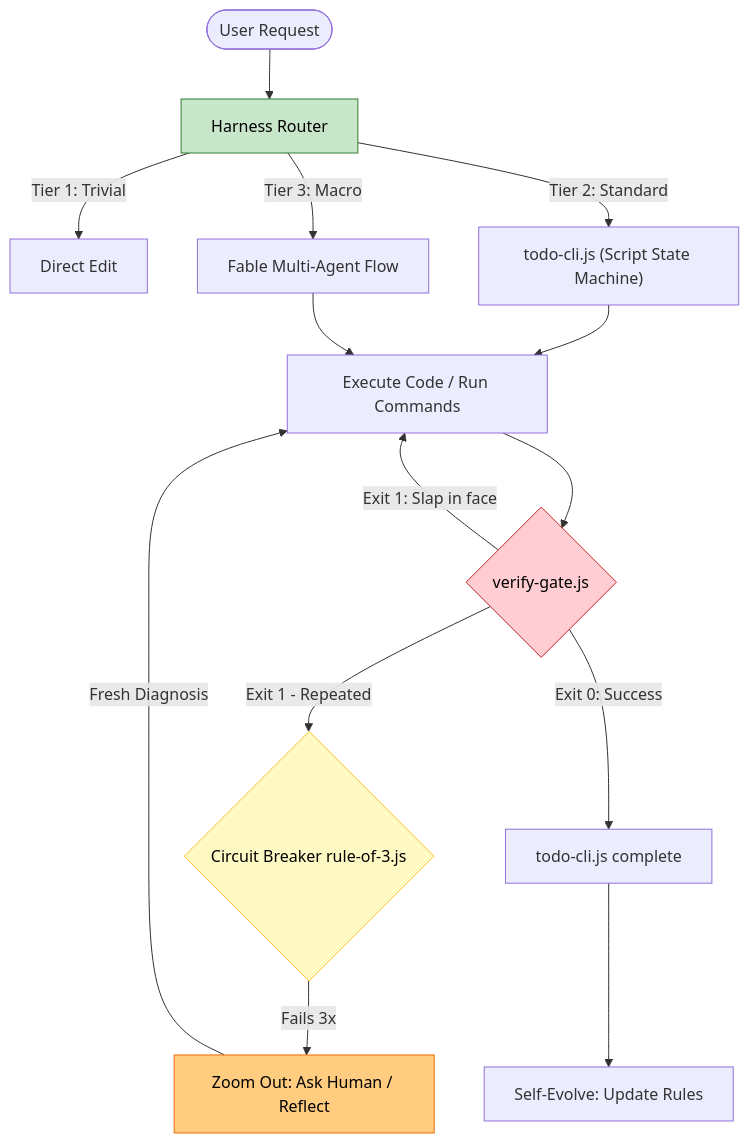
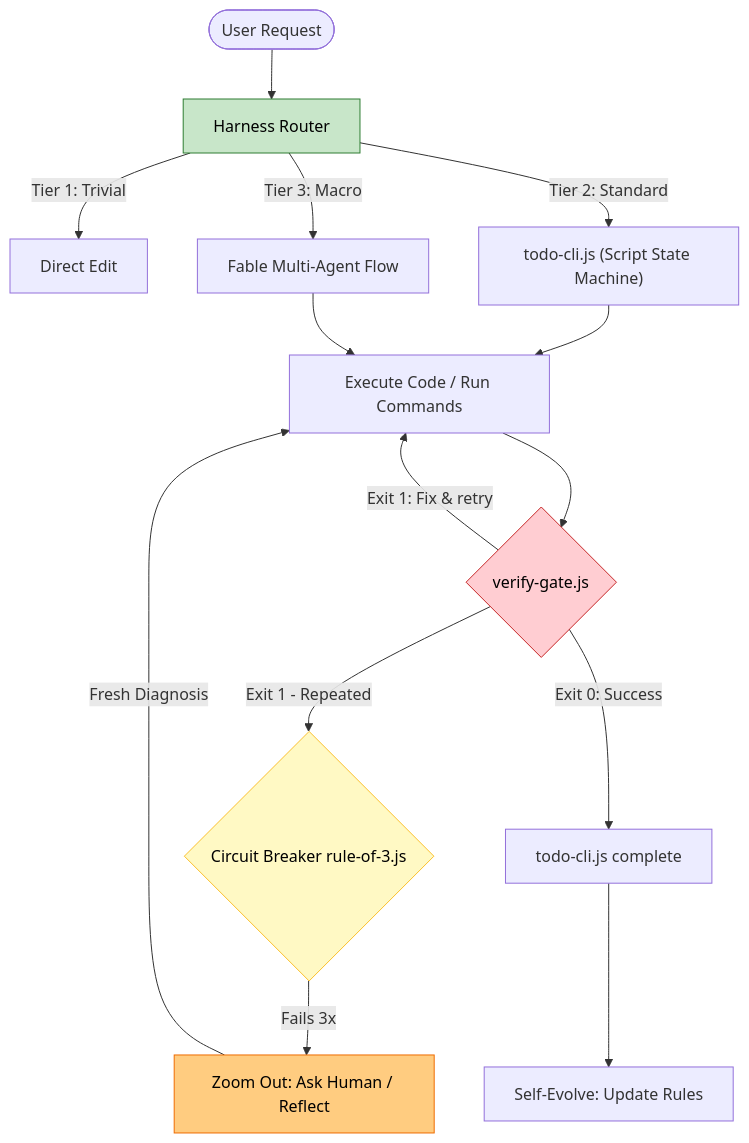
One commit to dyphn1/Harness-everything changed the second of 2 diagrams in README.md. Above: the diagram before and after it, drawn with Mermaid. The commit also changed other lines of this file and 3 other files, not shown here.

````diff
--- a/README.md
+++ b/README.md
@@ -78,22 +100,22 @@
 ```mermaid
 flowchart TD
     U([User Request]) --> H_Router[Harness Router]
     H_Router -->|Tier 1: Trivial| T1[Direct Edit]
     H_Router -->|Tier 2: Standard| T2["todo-cli.js (Script State Machine)"]
     H_Router -->|Tier 3: Macro| T3[Fable Multi-Agent Flow]
     
     T2 & T3 --> Exec[Execute Code / Run Commands]
     Exec --> Gate{verify-gate.js}
     
-    Gate -->|Exit 1: Slap in face| Exec
+    Gate -->|Exit 1: Fix & retry| Exec
     Gate -->|Exit 1 - Repeated| CB{Circuit Breaker rule-of-3.js}
     CB -->|Fails 3x| ZO[Zoom Out: Ask Human / Reflect]
     ZO -->|Fresh Diagnosis| Exec
     Gate -->|Exit 0: Success| Done[todo-cli.js complete]
     
     Done --> SE[Self-Evolve: Update Rules]
     style H_Router fill:#c8e6c9,stroke:#2e7d32,stroke-width:1px,color:#000000
     style CB fill:#fff9c4,stroke:#fbc02d,stroke-width:1px,color:#000000
     style ZO fill:#ffcc80,stroke:#ef6c00,stroke-width:1px,color:#000000
     style Gate fill:#ffcdd2,stroke:#c62828,stroke-width:1px,color:#000000
 ```
````
